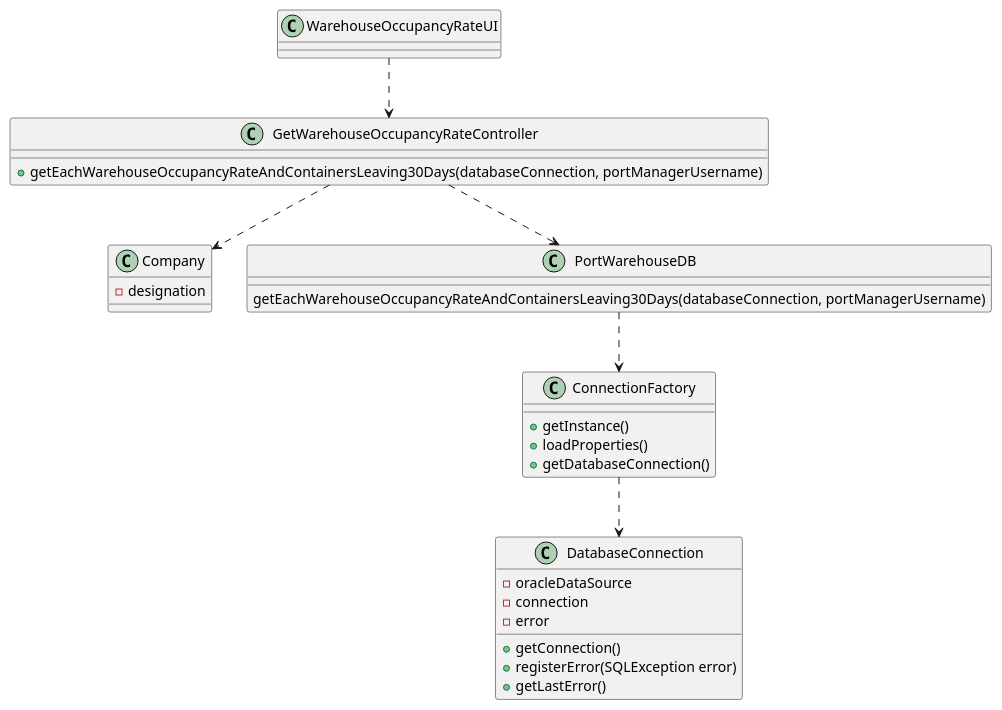
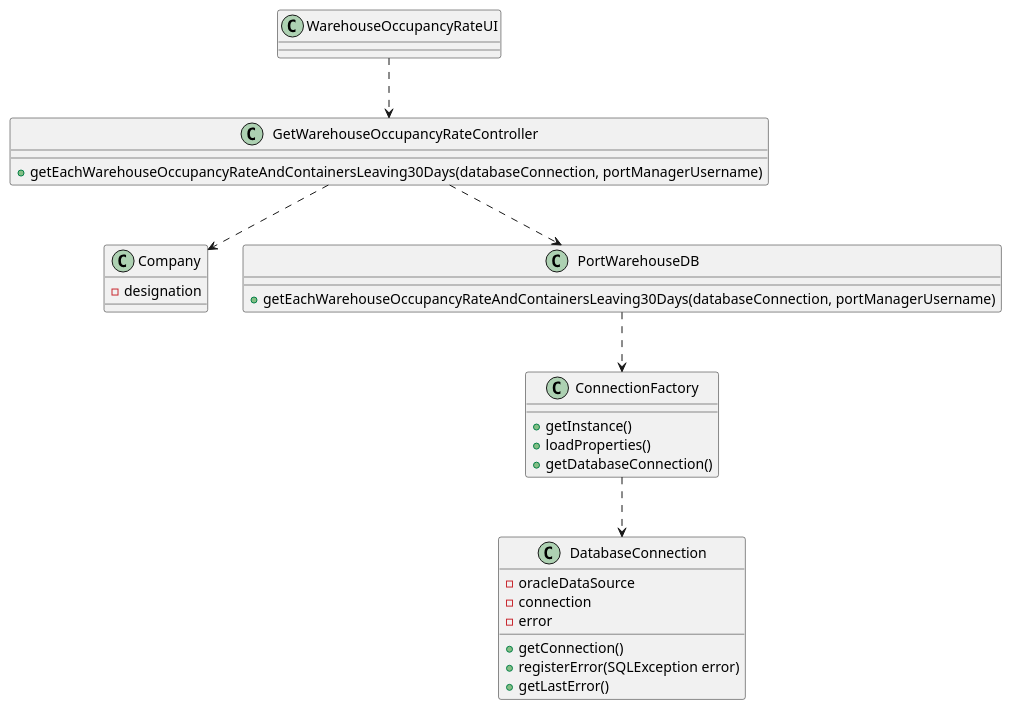
Before and after one commit to mpoboas/lapr3-2021-g102: the diagram in docs/Sprint 4/US306/US306_CD.puml, drawn with PlantUML. The commit also changed 3 other files, not shown here.

```diff
--- a/docs/Sprint 4/US306/US306_CD.puml
+++ b/docs/Sprint 4/US306/US306_CD.puml
@@ -1,40 +1,40 @@
 @startuml
 'https://plantuml.com/class-diagram
 
 class Company {
 -designation
 }
 
 class WarehouseOccupancyRateUI {
 }
 
 class GetWarehouseOccupancyRateController {
 +getEachWarehouseOccupancyRateAndContainersLeaving30Days(databaseConnection, portManagerUsername)
 }
 
 class PortWarehouseDB {
-getEachWarehouseOccupancyRateAndContainersLeaving30Days(databaseConnection, portManagerUsername)
++getEachWarehouseOccupancyRateAndContainersLeaving30Days(databaseConnection, portManagerUsername)
 }
 
 class ConnectionFactory{
 +getInstance()
 +loadProperties()
 +getDatabaseConnection()
 }
 
 class DatabaseConnection{
 -oracleDataSource
 -connection
 -error
 +getConnection()
 +registerError(SQLException error)
 +getLastError()
 }
 
 WarehouseOccupancyRateUI ..> GetWarehouseOccupancyRateController
 GetWarehouseOccupancyRateController ..> PortWarehouseDB
 GetWarehouseOccupancyRateController ..> Company
 PortWarehouseDB ..> ConnectionFactory
 ConnectionFactory ..> DatabaseConnection
 
 @enduml
```
